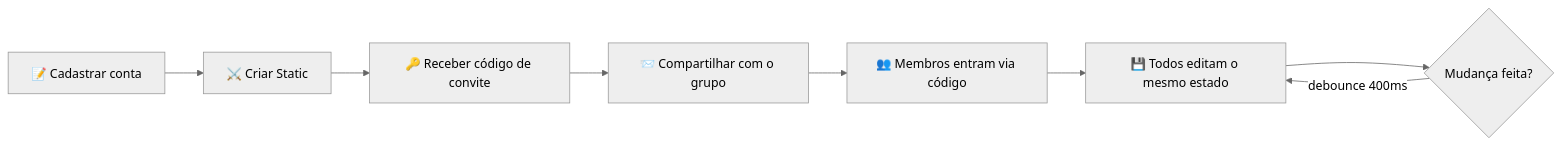
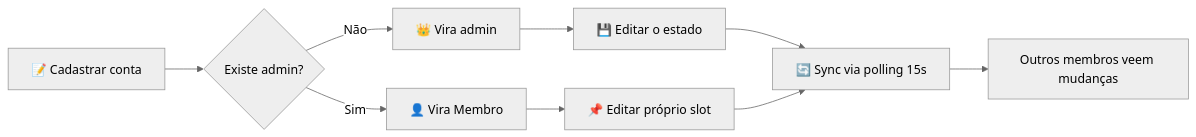
Before and after one commit to oscarothon/ffxiv-raid-planner: the first of 2 diagrams in README.md, drawn with Mermaid (neutral theme). The commit also changed other lines of this file and 1 other file, not shown here.

````diff
--- a/README.md
+++ b/README.md
@@ -189,10 +181,11 @@
 ```mermaid
 flowchart LR
-    A[📝 Cadastrar conta] --> B[⚔️ Criar Static]
-    B --> C[🔑 Receber código de convite]
-    C --> D[📨 Compartilhar com o grupo]
-    D --> E[👥 Membros entram via código]
-    E --> F[💾 Todos editam o mesmo estado]
-    F --> G{Mudança feita?}
-    G -->|debounce 400ms| F
+    A[📝 Cadastrar conta] --> B{Existe admin?}
+    B -->|Não| C[👑 Vira admin]
+    B -->|Sim| D[👤 Vira Membro]
+    C --> E[💾 Editar o estado]
+    D --> F[📌 Editar próprio slot]
+    E --> G[🔄 Sync via polling 15s]
+    F --> G
+    G --> H[Outros membros veem mudanças]
 ```
````
